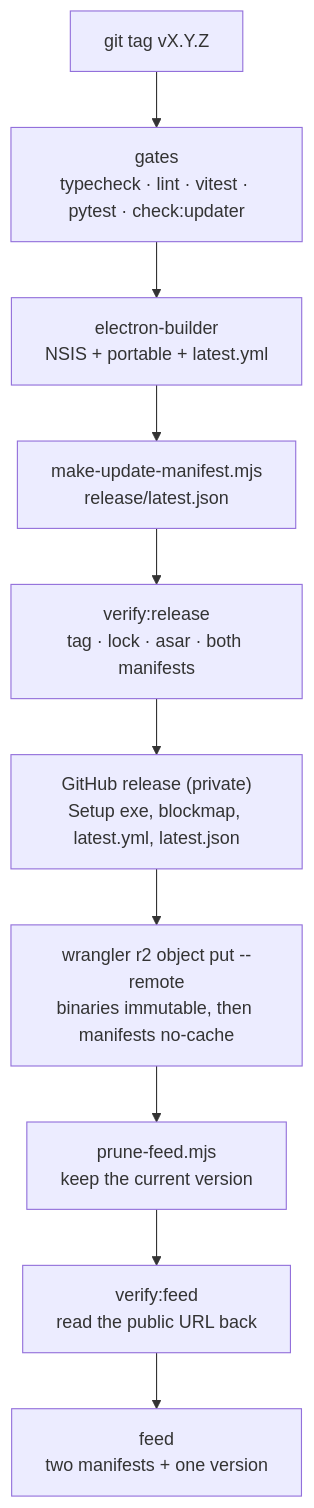
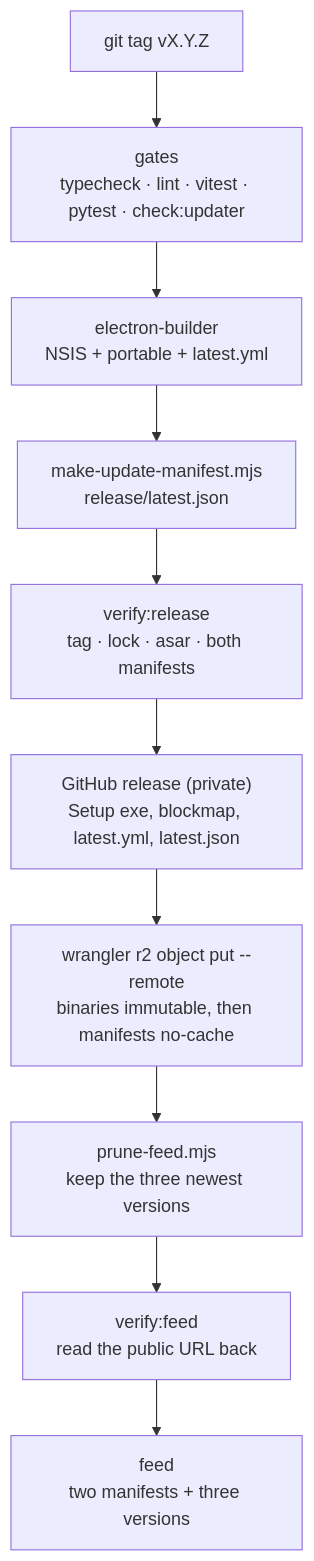
One commit to yassine808/RiotSwitcher changed the first of 3 diagrams in docs/UPDATES.md. Above: the diagram before and after it, drawn with Mermaid. The commit also changed other lines of this file and 11 other files, not shown here.

First line of the commit message:
fix(update): keep three builds and close the app when an update fails

````diff
--- a/docs/UPDATES.md
+++ b/docs/UPDATES.md
@@ -85,12 +86,12 @@
 ```mermaid
 flowchart TD
   T["git tag vX.Y.Z"] --> GATE["gates<br/>typecheck · lint · vitest · pytest · check:updater"]
   GATE --> PACK["electron-builder<br/>NSIS + portable + latest.yml"]
   PACK --> MAN["make-update-manifest.mjs<br/>release/latest.json"]
   MAN --> VERIFY["verify:release<br/>tag · lock · asar · both manifests"]
   VERIFY --> GH["GitHub release (private)<br/>Setup exe, blockmap, latest.yml, latest.json"]
   GH --> R2["wrangler r2 object put --remote<br/>binaries immutable, then manifests no-cache"]
-  R2 --> PRUNE["prune-feed.mjs<br/>keep the current version"]
+  R2 --> PRUNE["prune-feed.mjs<br/>keep the three newest versions"]
   PRUNE --> CHECK["verify:feed<br/>read the public URL back"]
-  CHECK --> FEED["feed<br/>two manifests + one version"]
+  CHECK --> FEED["feed<br/>two manifests + three versions"]
 ```
````
